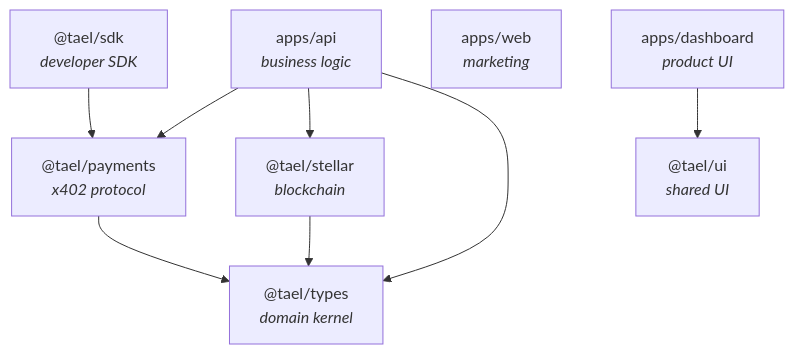
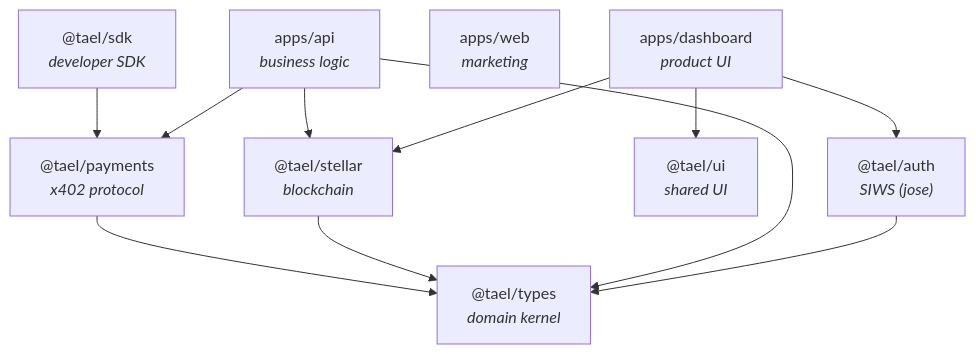
One commit to rahulsainlll/tael-protocol changed the diagram in ARCHITECTURE.md. Above: the diagram before and after it, drawn with Mermaid. The commit also changed other lines of this file and 30 other files, not shown here.

First line of the commit message:
feat: Sign-In-With-Stellar wallet auth

````diff
--- a/ARCHITECTURE.md
+++ b/ARCHITECTURE.md
@@ -175,19 +184,23 @@
 ```mermaid
 graph TD
   types["@tael/types<br/><i>domain kernel</i>"]
   payments["@tael/payments<br/><i>x402 protocol</i>"]
   stellar["@tael/stellar<br/><i>blockchain</i>"]
   sdk["@tael/sdk<br/><i>developer SDK</i>"]
   ui["@tael/ui<br/><i>shared UI</i>"]
+  auth["@tael/auth<br/><i>SIWS (jose)</i>"]
   api["apps/api<br/><i>business logic</i>"]
   web["apps/web<br/><i>marketing</i>"]
   dashboard["apps/dashboard<br/><i>product UI</i>"]
 
   payments --> types
   stellar --> types
   sdk --> payments
   api --> payments
   api --> stellar
   api --> types
+  auth --> types
   dashboard --> ui
+  dashboard --> auth
+  dashboard --> stellar
 ```
````
